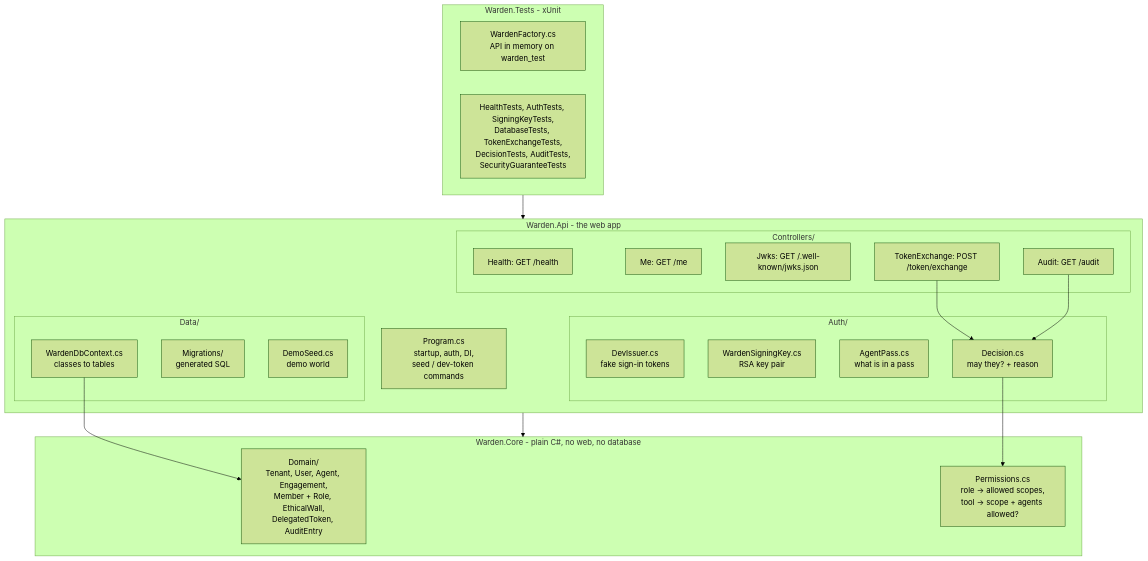
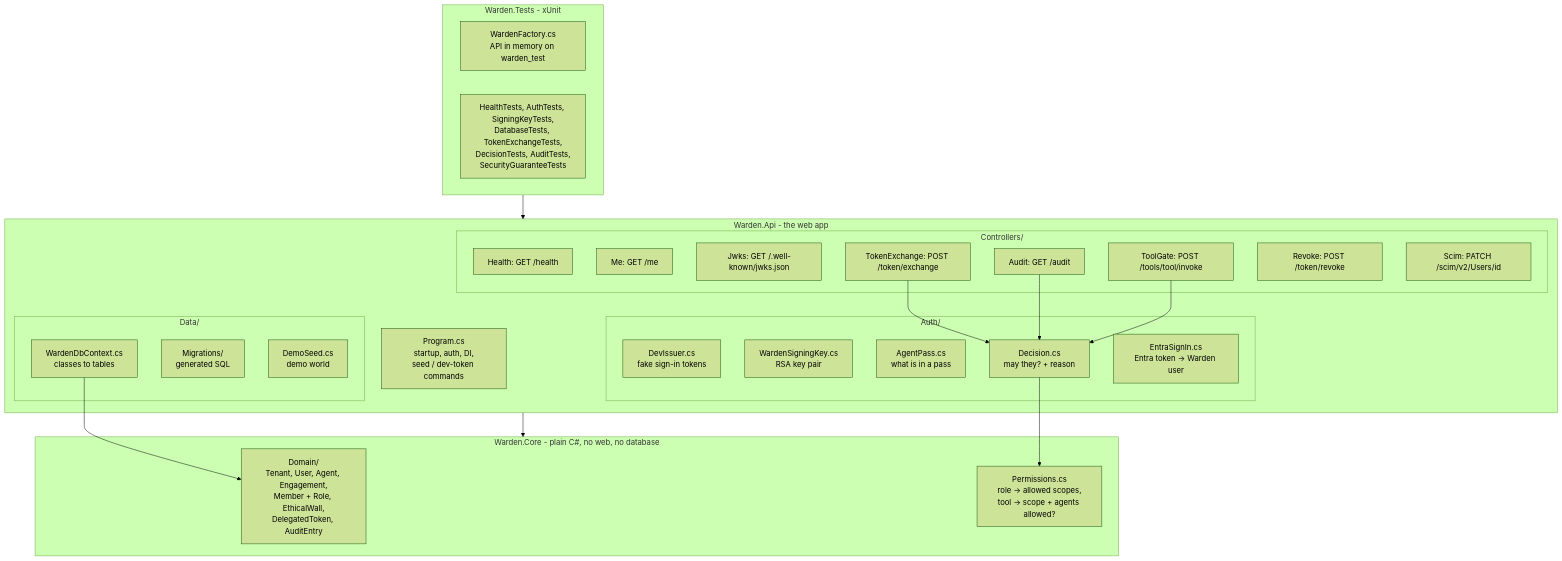
Before and after one commit to musishere/Warden-tickmark: the second of 17 diagrams in warden/docs/how-it-works.md, drawn with Mermaid (forest theme). The commit also changed other lines of this file and 5 other files, not shown here.

````diff
--- a/warden/docs/how-it-works.md
+++ b/warden/docs/how-it-works.md
@@ -48,38 +56,43 @@
 ```mermaid
 flowchart TB
     subgraph Core[Warden.Core - plain C#, no web, no database]
         Domain[Domain/<br/>Tenant, User, Agent, Engagement,<br/>Member + Role, EthicalWall,<br/>DelegatedToken, AuditEntry]
         Perm[Permissions.cs<br/>role -> allowed scopes,<br/>tool -> scope + agents allowed?]
     end
     subgraph Api[Warden.Api - the web app]
         Prog[Program.cs<br/>startup, auth, DI,<br/>seed / dev-token commands]
         subgraph Data[Data/]
             Ctx[WardenDbContext.cs<br/>classes to tables]
             Mig[Migrations/<br/>generated SQL]
             Seed[DemoSeed.cs<br/>demo world]
         end
         subgraph AuthF[Auth/]
             Dev[DevIssuer.cs<br/>fake sign-in tokens]
             Key[WardenSigningKey.cs<br/>RSA key pair]
             Pass[AgentPass.cs<br/>what is in a pass]
             Dec[Decision.cs<br/>may they? + reason]
+            Entra[EntraSignIn.cs<br/>Entra token -> Warden user]
         end
         subgraph Ctrl[Controllers/]
             H[Health: GET /health]
             Me[Me: GET /me]
             J[Jwks: GET /.well-known/jwks.json]
             T[TokenExchange: POST /token/exchange]
             Au[Audit: GET /audit]
+            G[ToolGate: POST /tools/tool/invoke]
+            Rv[Revoke: POST /token/revoke]
+            Sc[Scim: PATCH /scim/v2/Users/id]
         end
     end
     subgraph Tests[Warden.Tests - xUnit]
         F[WardenFactory.cs<br/>API in memory on warden_test]
         TT[HealthTests, AuthTests, SigningKeyTests,<br/>DatabaseTests, TokenExchangeTests,<br/>DecisionTests, AuditTests,<br/>SecurityGuaranteeTests]
     end
     Api --> Core
     Tests --> Api
     Ctx --> Domain
     T --> Dec
     Dec --> Perm
     Au --> Dec
+    G --> Dec
 ```
````
